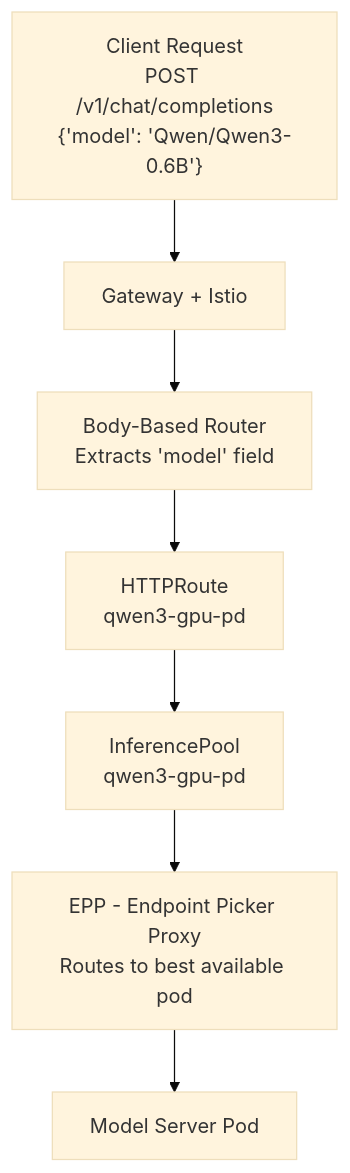
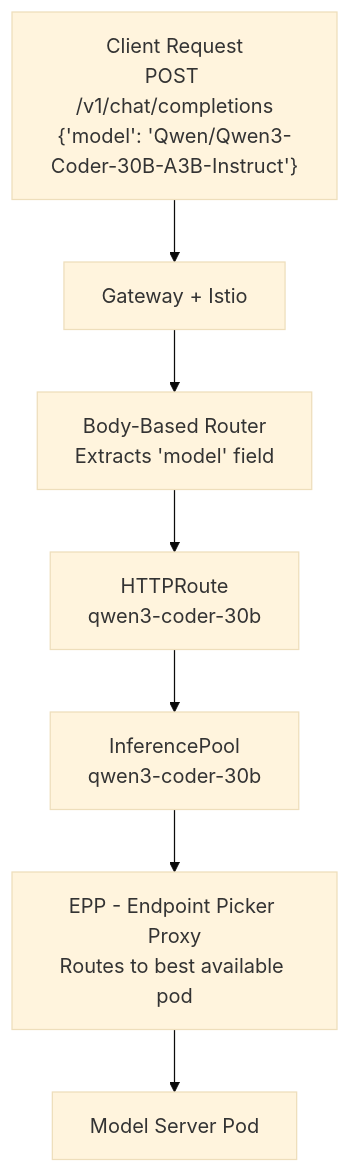
Before and after one commit to microsoft/Build26-LAB510-take-llms-from-prototype-to-production-on-aks: the third of 4 diagrams in docs/README.md, drawn with Mermaid (base theme). The commit also changed other lines of this file and 19 other files, not shown here.

````diff
--- a/docs/README.md
+++ b/docs/README.md
@@ -1003,9 +1102,9 @@
 ```mermaid
 graph TD
-    Client["Client Request<br/>POST /v1/chat/completions<br/>{'model': 'Qwen/Qwen3-0.6B'}"] --> Gateway[Gateway + Istio]
+    Client["Client Request<br/>POST /v1/chat/completions<br/>{'model': 'Qwen/Qwen3-Coder-30B-A3B-Instruct'}"] --> Gateway[Gateway + Istio]
     Gateway --> BBR[Body-Based Router<br/>Extracts 'model' field]
-    BBR --> Route[HTTPRoute<br/>qwen3-gpu-pd]
-    Route --> Pool[InferencePool<br/>qwen3-gpu-pd]
+    BBR --> Route[HTTPRoute<br/>qwen3-coder-30b]
+    Route --> Pool[InferencePool<br/>qwen3-coder-30b]
     Pool --> EPP[EPP - Endpoint Picker Proxy<br/>Routes to best available pod]
     EPP --> Pod[Model Server Pod]
 ```
````
